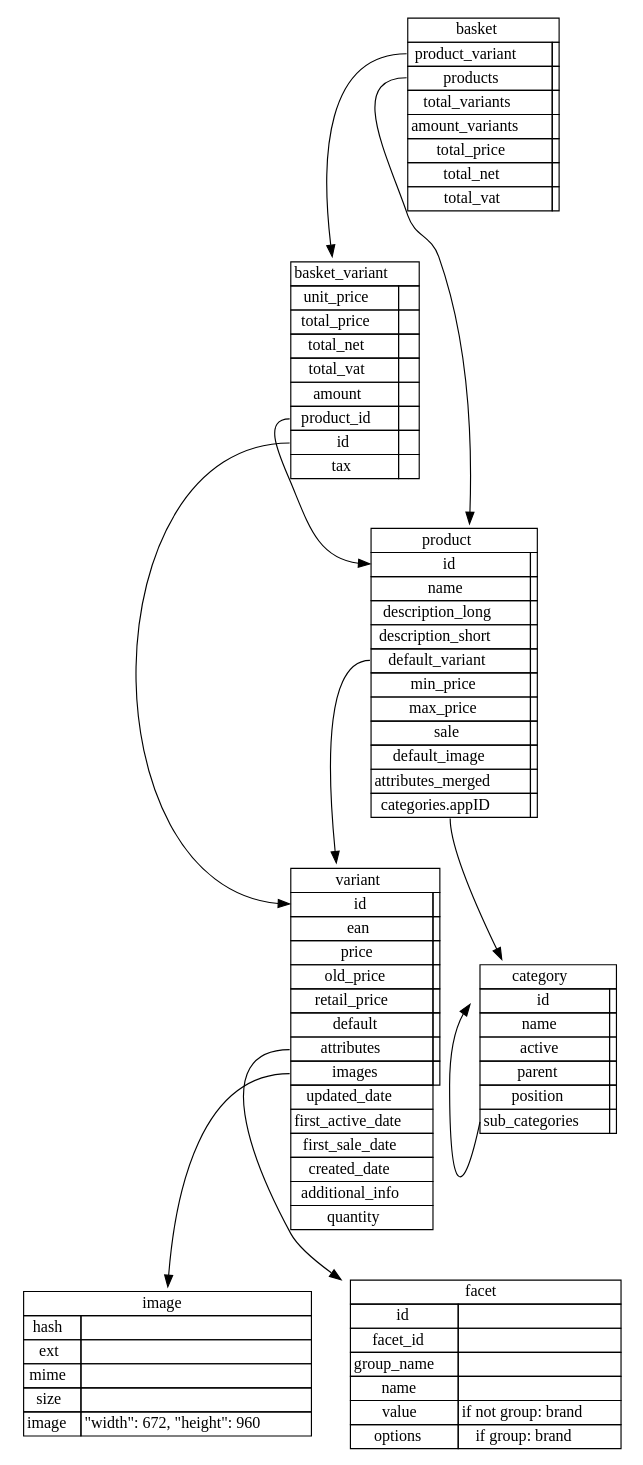
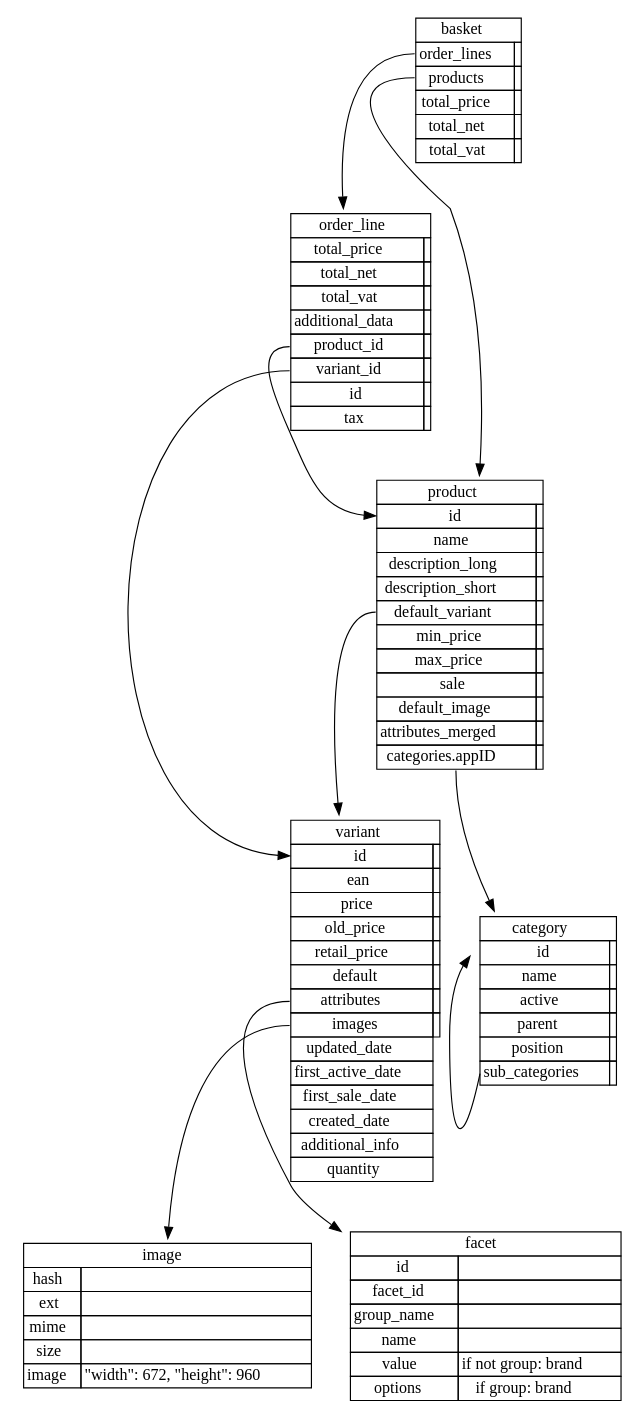
The diagram in doc/aboutyou_objects.rst (tkothe/Python-SDK), drawn with Graphviz before and after one commit. The commit also changed 12 other files, not shown here.

```diff
--- a/doc/aboutyou_objects.rst
+++ b/doc/aboutyou_objects.rst
@@ -9,24 +9,22 @@
 
     basket[label=<<table cellspacing="0" border="0" cellborder="1">
         <tr><td colspan="2">basket</td></tr>
-        <tr><td port="variant">product_variant</td><td></td></tr>
+        <tr><td port="variant">order_lines</td><td></td></tr>
         <tr><td port="products">products</td><td></td></tr>
-        <tr><td>total_variants</td><td></td></tr>
-        <tr><td>amount_variants</td><td></td></tr>
         <tr><td>total_price</td><td></td></tr>
         <tr><td>total_net</td><td></td></tr>
         <tr><td>total_vat</td><td></td></tr>
     </table>>];
 
-    basket_variant[label=<<table cellspacing="0" border="0" cellborder="1">
-        <tr><td colspan="2">basket_variant</td></tr>
-        <tr><td>unit_price</td><td></td></tr>
+    basket_order_line[label=<<table cellspacing="0" border="0" cellborder="1">
+        <tr><td colspan="2">order_line</td></tr>
         <tr><td>total_price</td><td></td></tr>
         <tr><td>total_net</td><td></td></tr>
         <tr><td>total_vat</td><td></td></tr>
-        <tr><td>amount</td><td></td></tr>
+        <tr><td>additional_data</td><td></td></tr>
         <tr><td port="product">product_id</td><td></td></tr>
-        <tr><td port="id">id</td><td></td></tr>
+        <tr><td port="variant">variant_id</td><td></td></tr>
+        <tr><td>id</td><td></td></tr>
         <tr><td>tax</td><td></td></tr>
     </table>>];
 
@@ -93,10 +91,10 @@
     </table>>];
 
 
-    basket:variant:w -> basket_variant;
+    basket:variant:w -> basket_order_line;
     basket:products:w -> product;
-    basket_variant:id:w -> variant:id:w;
-    basket_variant:product:w -> product:id:w;
+    basket_order_line:variant:w -> variant:id:w;
+    basket_order_line:product:w -> product:id:w;
     product:category -> category;
     category:sub:w -> category;
     product:variant:w -> variant;
```
